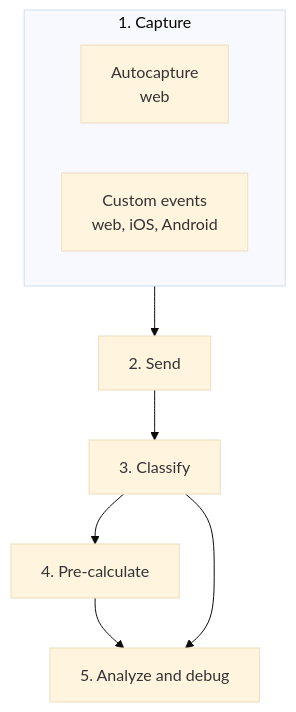
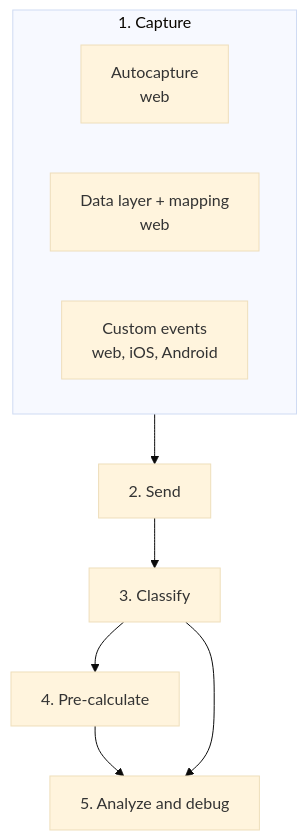
The diagram in corbado-observe/overview/how-it-works.mdx (corbadotech/docs), drawn with Mermaid (base theme) before and after one commit. The commit also changed other lines of this file and 10 other files, not shown here.

First line of the commit message:
Observe skill: data layer + mapping as the default integration shape

````diff
--- a/corbado-observe/overview/how-it-works.mdx
+++ b/corbado-observe/overview/how-it-works.mdx
@@ -21,12 +21,13 @@
 ```mermaid
 flowchart TD
     subgraph capture["1. Capture"]
         A["Autocapture<br />web"]
+        L["Data layer + mapping<br />web"]
         C["Custom events<br />web, iOS, Android"]
     end
     capture --> B["2. Send"]
     B --> D["3. Classify"]
     D --> E["4. Pre-calculate"]
     E --> F["5. Analyze and debug"]
     D --> F
 ```
````
